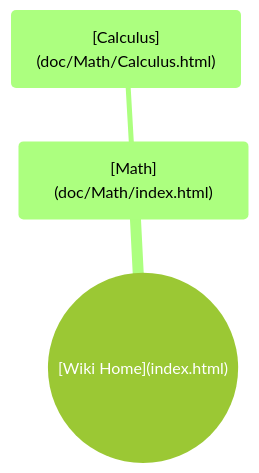
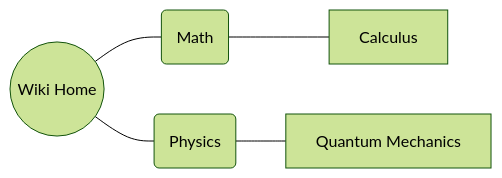
The diagram in doc/Physics/example3.qmd (MKReyesH/ScientificWiki), drawn with Mermaid (forest theme) before and after one commit.

Commit message:
Testing mermaid compatibility

````diff
--- a/doc/Physics/example3.qmd
+++ b/doc/Physics/example3.qmd
@@ -36,6 +36,22 @@
 ```{mermaid}
-mindmap
-  root(("`[Wiki Home](index.html)`"))
-    math_node("`[Math](doc/Math/index.html)`")
-      calc("`[Calculus](doc/Math/Calculus.html)`")
+graph LR
+
+  %% Step 1: Define your topics and choose their shapes
+  home((Wiki Home)) 
+  math_node(Math)
+  calc[Calculus]
+  phys_node(Physics)
+  quantum[Quantum Mechanics]
+
+  %% Step 2: Connect them using --- (no arrows)
+  home --- math_node
+  home --- phys_node
+  
+  math_node --- calc
+  phys_node --- quantum
+
+  %% Step 3: Make them clickable by targeting their hidden ID!
+  click home "index.html"
+  click calc "doc/Math/Calculus.html"
+  click quantum "doc/Physics/Quantum_Mechanics.html"
 ```
````
